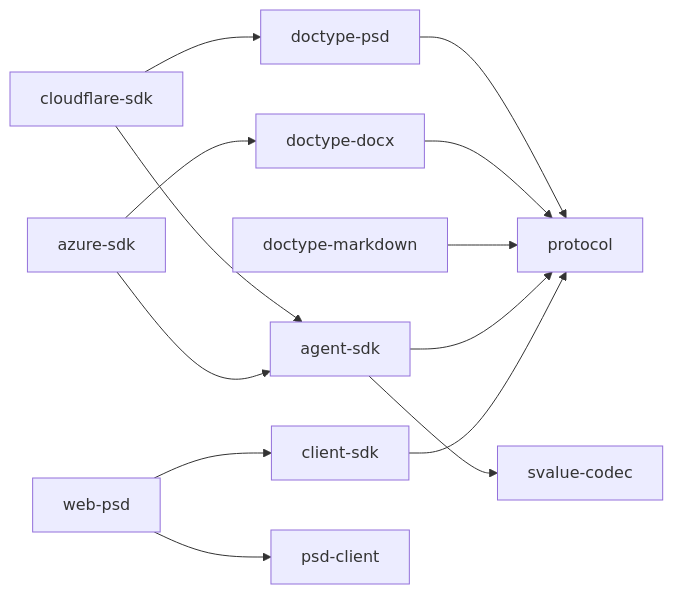
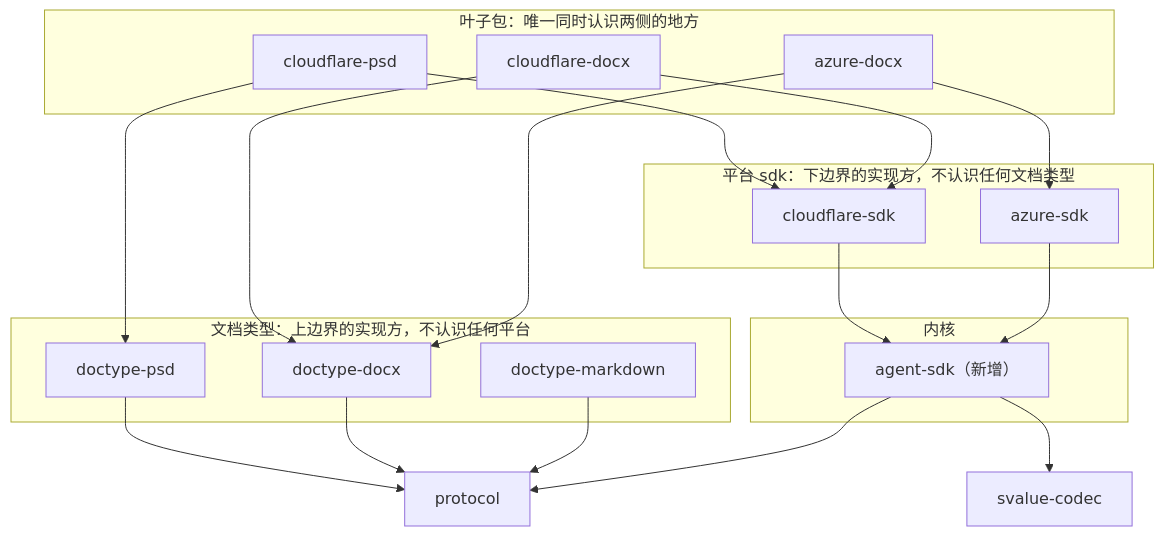
The fourth of 15 diagrams in docs/superpowers/specs/2026-08-26-agent-sdk-design.md (shazhou-ww/unidocs), drawn with Mermaid before and after one commit. The commit also changed other lines of this file, not shown here.

Commit message:
docs(agent-sdk): 修正 4.2 依赖图,平台 sdk 不依赖任何文档类型
review 指出依赖画反了。核对 package.json 后确认我画的两条边都不存在:

  cloudflare-sdk 的 deps: cas-client, cas-server-common,
    doctype-server-common, http-protocol, protocol, svalue-codec
  azure-sdk 的 deps:      @azure/*, cas-client, doctype-server-common,
    http-protocol, protocol, svalue-codec, pg

两个平台 sdk 都不认识任何文档类型。真正把"某个文档类型"和"某个平台"
接起来的是叶子包:cloudflare-psd 依赖 cloudflare-sdk + doctype-psd,
azure-docx 依赖 azure-sdk + doctype-docx。

这对设计是更好的故事:上下两条边界在叶子包会合,而叶子包本来就是
"某个文档类型 × 某个平台"这一个具体部署的入口。图里补上这一层。

据此加规则 3(平台 sdk 不依赖文档类型,反之亦然),而且它比规则 2 更好
守 —— 是一条 package.json 断言,加进 4.3 的同一个测试文件,记为 V3b。
规则 3 被打破的话,"新增文档类型"和"新增平台"两个方向就会互相牵动,
1.2 那张表就不成立了。

````diff
--- a/docs/superpowers/specs/2026-08-26-agent-sdk-design.md
+++ b/docs/superpowers/specs/2026-08-26-agent-sdk-design.md
@@ -225,15 +233,40 @@
 ```mermaid
-flowchart LR
-    psd["doctype-psd"] --> proto["protocol"]
-    docx["doctype-docx"] --> proto
-    md["doctype-markdown"] --> proto
-    cfsdk["cloudflare-sdk"] --> asdk["agent-sdk"]
-    azsdk["azure-sdk"] --> asdk
-    cfsdk --> psd
-    azsdk --> docx
+flowchart TB
+    proto["protocol"]
+    codec["svalue-codec"]
+
+    subgraph dt["文档类型：上边界的实现方，不认识任何平台"]
+        psd["doctype-psd"]
+        docx["doctype-docx"]
+        md["doctype-markdown"]
+    end
+
+    subgraph core["内核"]
+        asdk["agent-sdk（新增）"]
+    end
+
+    subgraph plat["平台 sdk：下边界的实现方，不认识任何文档类型"]
+        cfsdk["cloudflare-sdk"]
+        azsdk["azure-sdk"]
+    end
+
+    subgraph leaf["叶子包：唯一同时认识两侧的地方"]
+        cfpsd["cloudflare-psd"]
+        cfdocx["cloudflare-docx"]
+        azdocx["azure-docx"]
+    end
+
+    psd --> proto
+    docx --> proto
+    md --> proto
     asdk --> proto
-    asdk --> codec["svalue-codec"]
-    csdk["client-sdk"] --> proto
-    web["web-psd"] --> csdk
-    web --> pclient["psd-client"]
+    asdk --> codec
+    cfsdk --> asdk
+    azsdk --> asdk
+    cfpsd --> cfsdk
+    cfpsd --> psd
+    cfdocx --> cfsdk
+    cfdocx --> docx
+    azdocx --> azsdk
+    azdocx --> docx
 ```
````
